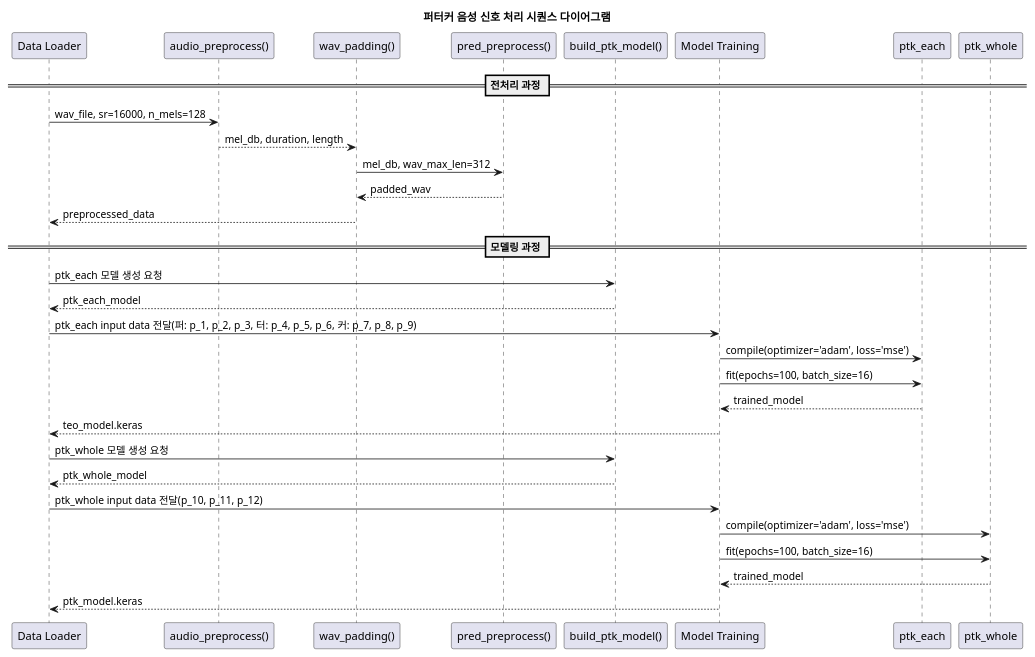
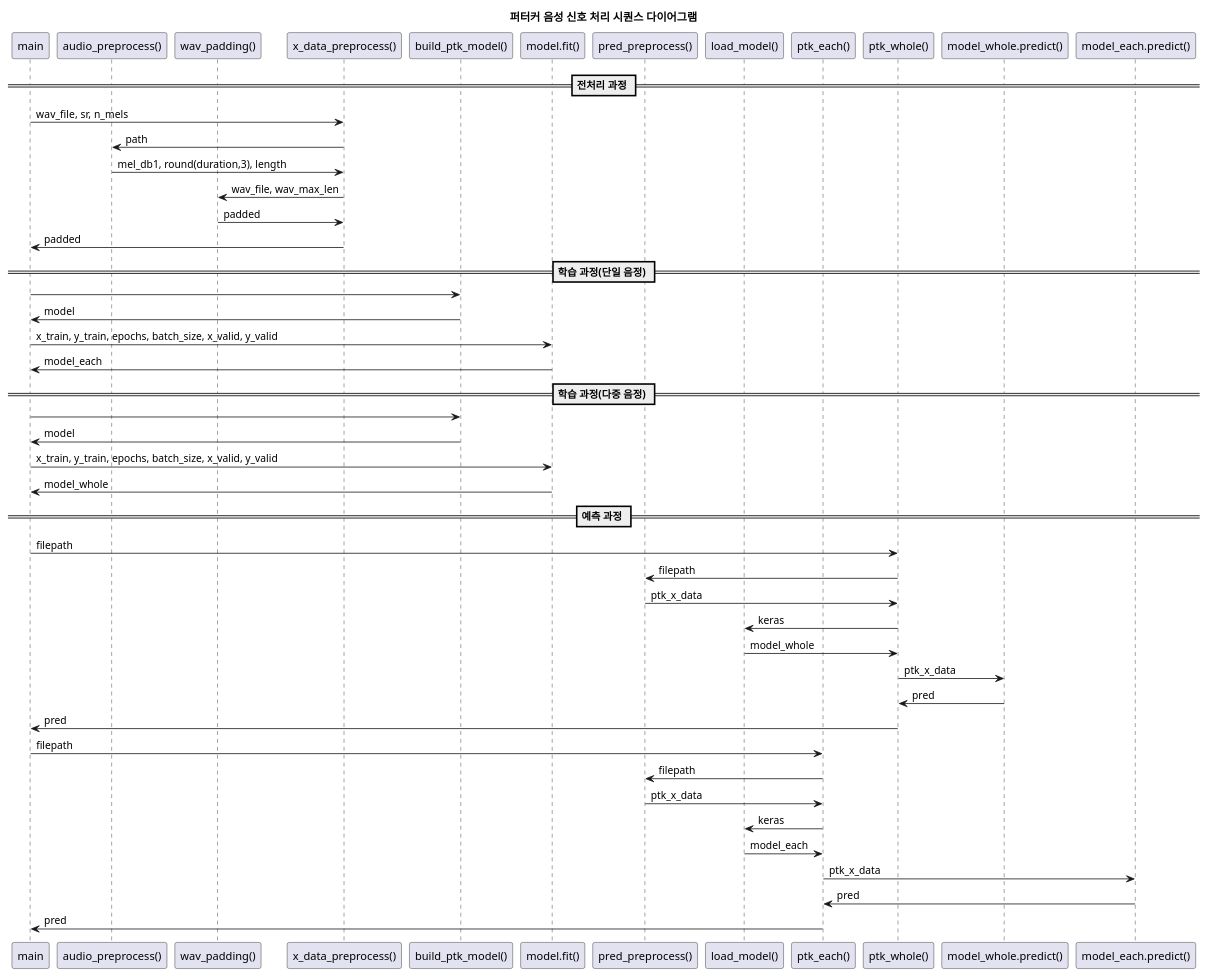
Before and after one commit to gemjh/SeSAC: the diagram in ptk_model.puml, drawn with PlantUML. The commit also changed 23 other files, not shown here.

Commit message:
graph edit

```diff
--- a/ptk_model.puml
+++ b/ptk_model.puml
@@ -1,43 +1,59 @@
 @startuml ptk_sequence
 title 퍼터커 음성 신호 처리 시퀀스 다이어그램
 
-participant "Data Loader" as loader
+participant "main" as loader
 participant "audio_preprocess()" as audio_file_transformation
 participant "wav_padding()" as padding
-participant "pred_preprocess()" as preprocess
+participant "x_data_preprocess()" as preprocess
 participant "build_ptk_model()" as model_builder
-participant "Model Training" as training
-participant "ptk_each" as each
-participant "ptk_whole" as ptk
+participant "model.fit()" as model_fit
+participant "pred_preprocess()" as pred_preprocess
+participant "load_model()" as model_pred
+participant "ptk_each()" as ptk_each_pred
+participant "ptk_whole()" as ptk_whole_pred
+participant "model_whole.predict()" as model_whole
+participant "model_each.predict()" as model_each
+
+
 
 == 전처리 과정 ==
+loader -> preprocess: wav_file, sr, n_mels
+preprocess -> audio_file_transformation: path
+audio_file_transformation -> preprocess: mel_db1, round(duration,3), length
+preprocess -> padding: wav_file, wav_max_len
+padding -> preprocess: padded
+preprocess -> loader: padded
 
-loader -> audio_file_transformation: wav_file, sr=16000, n_mels=128
-audio_file_transformation --> padding: mel_db, duration, length
+== 학습 과정(단일 음정) ==
+loader -> model_builder
+model_builder -> loader: model
+loader -> model_fit: x_train, y_train, epochs, batch_size, x_valid, y_valid
+model_fit -> loader: model_each
 
-padding -> preprocess: mel_db, wav_max_len=312
-preprocess --> padding: padded_wav
-padding --> loader: preprocessed_data
+== 학습 과정(다중 음정) ==
+loader -> model_builder
+model_builder -> loader: model
+loader -> model_fit: x_train, y_train, epochs, batch_size, x_valid, y_valid
+model_fit -> loader: model_whole
+
+== 예측 과정 ==
+loader -> ptk_whole_pred: filepath
+ptk_whole_pred -> pred_preprocess: filepath
+pred_preprocess -> ptk_whole_pred: ptk_x_data
+ptk_whole_pred -> model_pred: keras
+model_pred -> ptk_whole_pred: model_whole
+ptk_whole_pred -> model_whole: ptk_x_data
+model_whole -> ptk_whole_pred : pred
+ptk_whole_pred -> loader: pred
+
+loader -> ptk_each_pred: filepath
+ptk_each_pred -> pred_preprocess: filepath
+pred_preprocess -> ptk_each_pred: ptk_x_data
+ptk_each_pred -> model_pred: keras
+model_pred -> ptk_each_pred: model_each
+ptk_each_pred -> model_each: ptk_x_data
+model_each -> ptk_each_pred : pred
+ptk_each_pred -> loader: pred
 
 
-== 모델링 과정 ==
-
-loader -> model_builder: ptk_each 모델 생성 요청
-model_builder --> loader: ptk_each_model
-loader -> training: ptk_each input data 전달(퍼: p_1, p_2, p_3, 터: p_4, p_5, p_6, 커: p_7, p_8, p_9)
-
-
-training -> each: compile(optimizer='adam', loss='mse')
-training -> each: fit(epochs=100, batch_size=16)
-each --> training: trained_model
-training --> loader: teo_model.keras
-
-loader -> model_builder: ptk_whole 모델 생성 요청
-model_builder --> loader: ptk_whole_model
-loader -> training: ptk_whole input data 전달(p_10, p_11, p_12)
-training -> ptk: compile(optimizer='adam', loss='mse')
-training -> ptk: fit(epochs=100, batch_size=16)
-ptk --> training: trained_model
-training --> loader: ptk_model.keras
-
 @enduml
```
